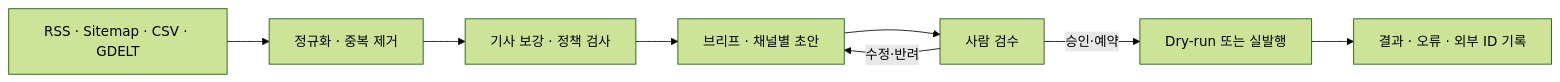
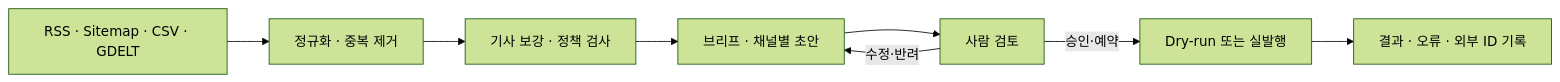
The diagram in README.md (internalforces/sns-content-engine), drawn with Mermaid (forest theme) before and after one commit. The commit also changed other lines of this file and 2 other files, not shown here.

````diff
--- a/README.md
+++ b/README.md
@@ -9,10 +22,10 @@
 ```mermaid
 flowchart LR
     A["RSS · Sitemap · CSV · GDELT"] --> B["정규화 · 중복 제거"]
     B --> C["기사 보강 · 정책 검사"]
     C --> D["브리프 · 채널별 초안"]
-    D --> E["사람 검수"]
+    D --> E["사람 검토"]
+    E -->|수정·반려| D
     E -->|승인·예약| F["Dry-run 또는 실발행"]
-    E -->|수정·반려| D
     F --> G["결과 · 오류 · 외부 ID 기록"]
 ```
````
